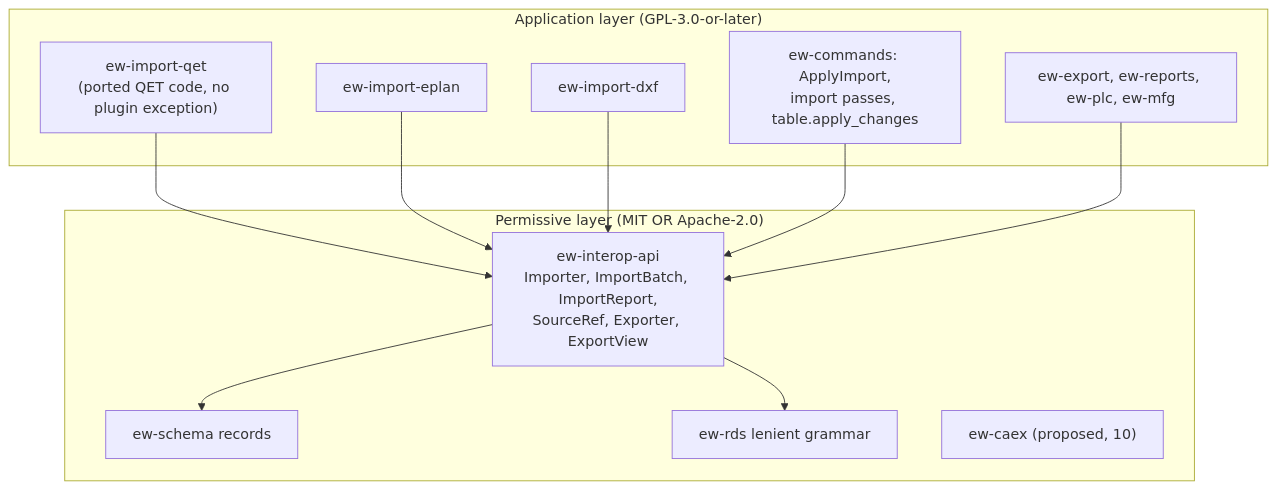
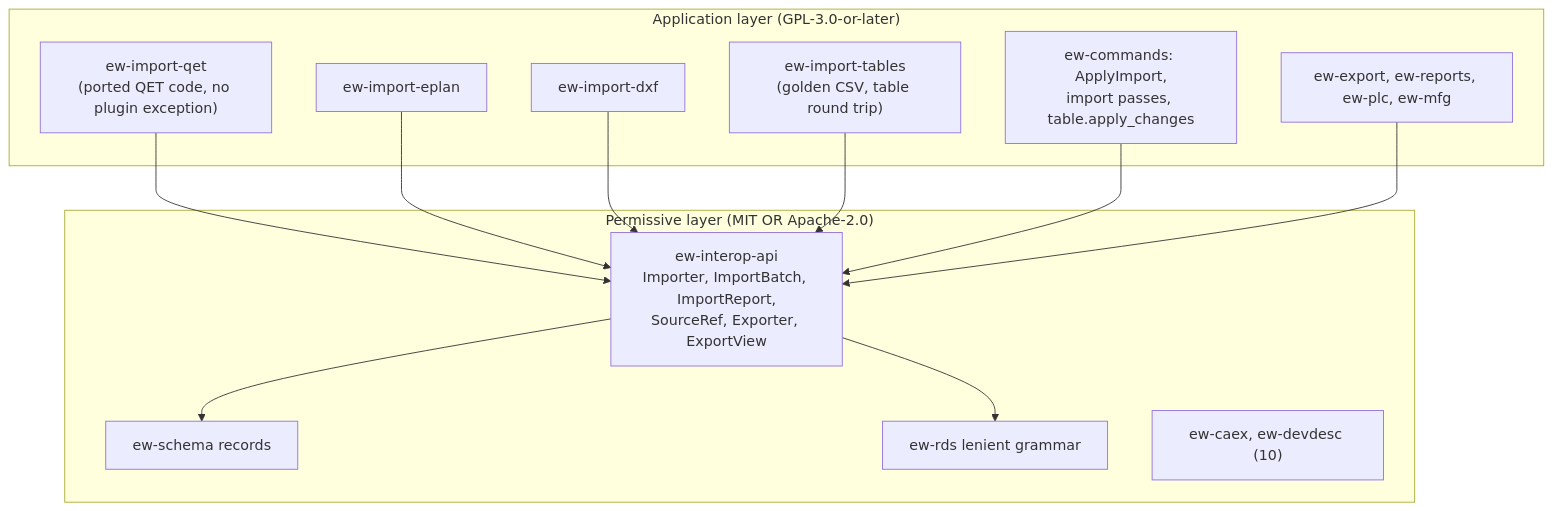
One commit to Ironkode787/ElektraWatt changed the first of 3 diagrams in docs/design/14-interop.md. Above: the diagram before and after it, drawn with Mermaid. The commit also changed other lines of this file and 51 other files, not shown here.

````diff
--- a/docs/design/14-interop.md
+++ b/docs/design/14-interop.md
@@ -90,23 +90,25 @@
 ```mermaid
 graph TD
   subgraph PERM["Permissive layer (MIT OR Apache-2.0)"]
     schema[ew-schema records]
     iapi["ew-interop-api<br/>Importer, ImportBatch, ImportReport,<br/>SourceRef, Exporter, ExportView"]
     rds[ew-rds lenient grammar]
-    caex["ew-caex (proposed, 10)"]
+    caex["ew-caex, ew-devdesc (10)"]
   end
   subgraph GPL["Application layer (GPL-3.0-or-later)"]
     qet["ew-import-qet<br/>(ported QET code, no plugin exception)"]
     epl[ew-import-eplan]
     dxf[ew-import-dxf]
+    itab["ew-import-tables<br/>(golden CSV, table round trip)"]
     cmd["ew-commands: ApplyImport,<br/>import passes, table.apply_changes"]
     exp["ew-export, ew-reports, ew-plc, ew-mfg"]
   end
   iapi --> schema
   iapi --> rds
   qet --> iapi
   epl --> iapi
   dxf --> iapi
+  itab --> iapi
   cmd --> iapi
   exp --> iapi
 ```
````
